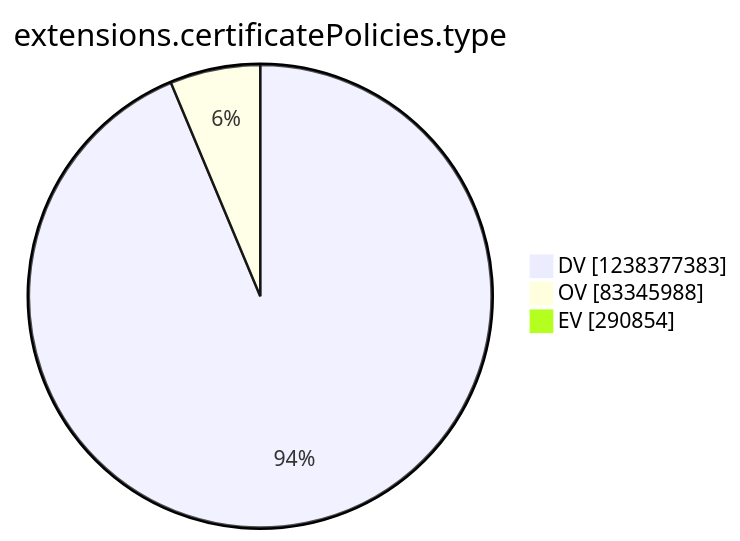
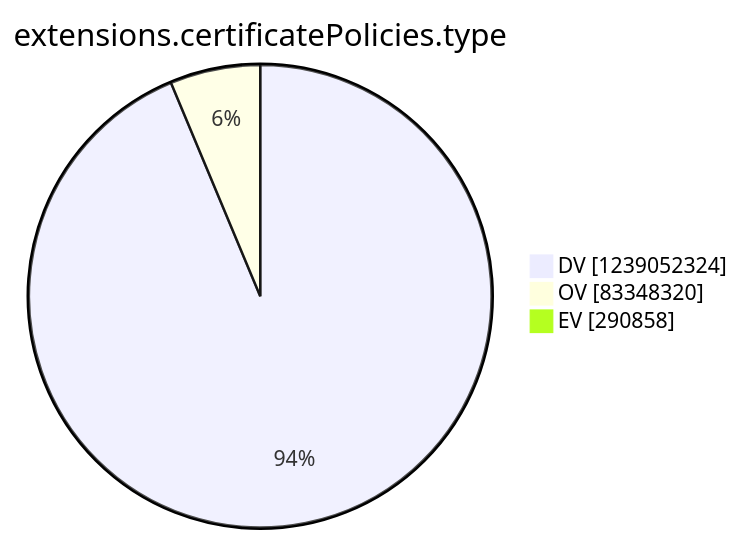
The tenth of 15 diagrams in argon2022/README.md (christiankrug/ctmonitor_visualization), drawn with Mermaid before and after one commit. The commit also changed other lines of this file, not shown here.

````diff
--- a/argon2022/README.md
+++ b/argon2022/README.md
@@ -2771,7 +2771,7 @@
 ```mermaid
 pie showData
 title extensions.certificatePolicies.type
-"DV" :1238377383
-"OV" :83345988
-"EV" :290854
+"DV" :1239052324
+"OV" :83348320
+"EV" :290858
 ```
````
